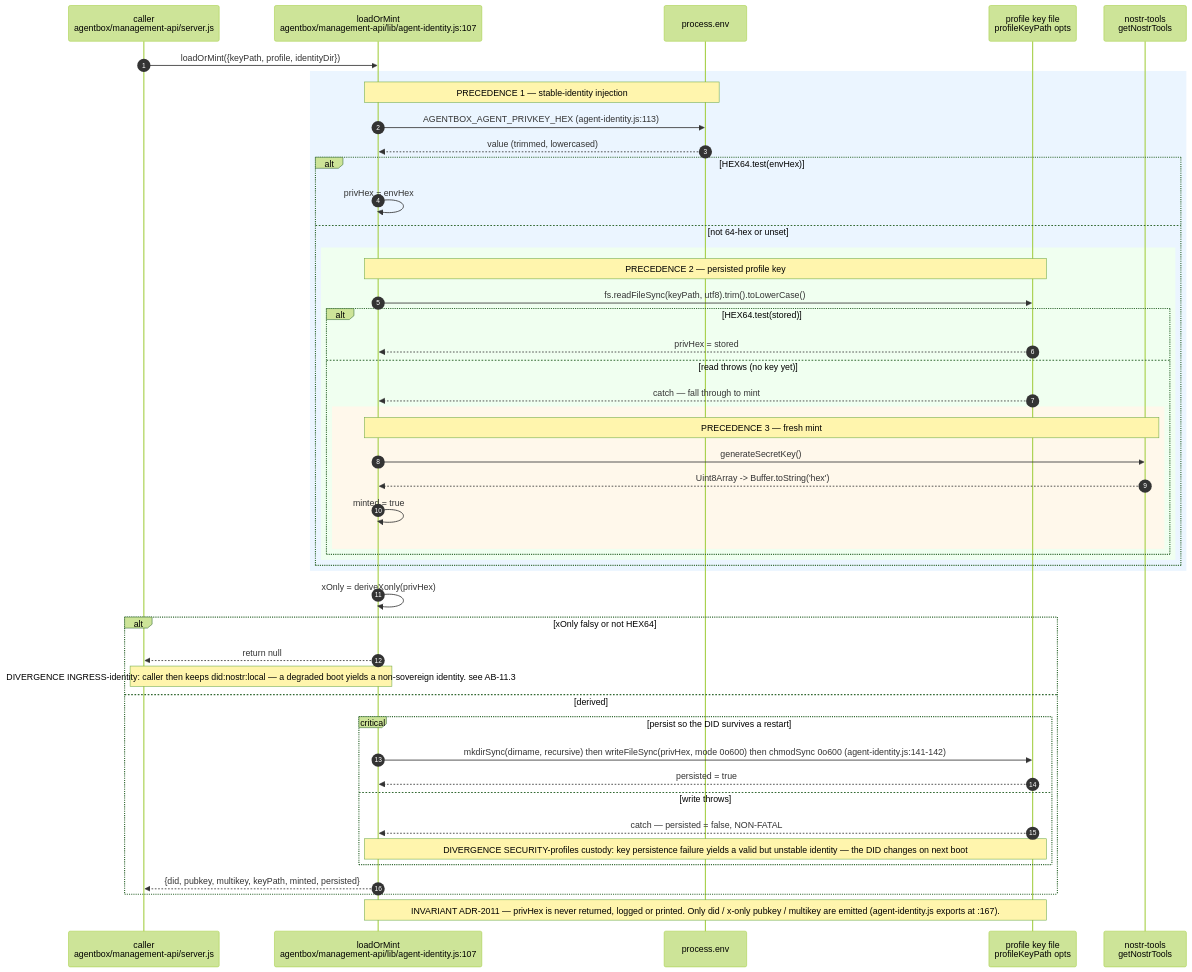
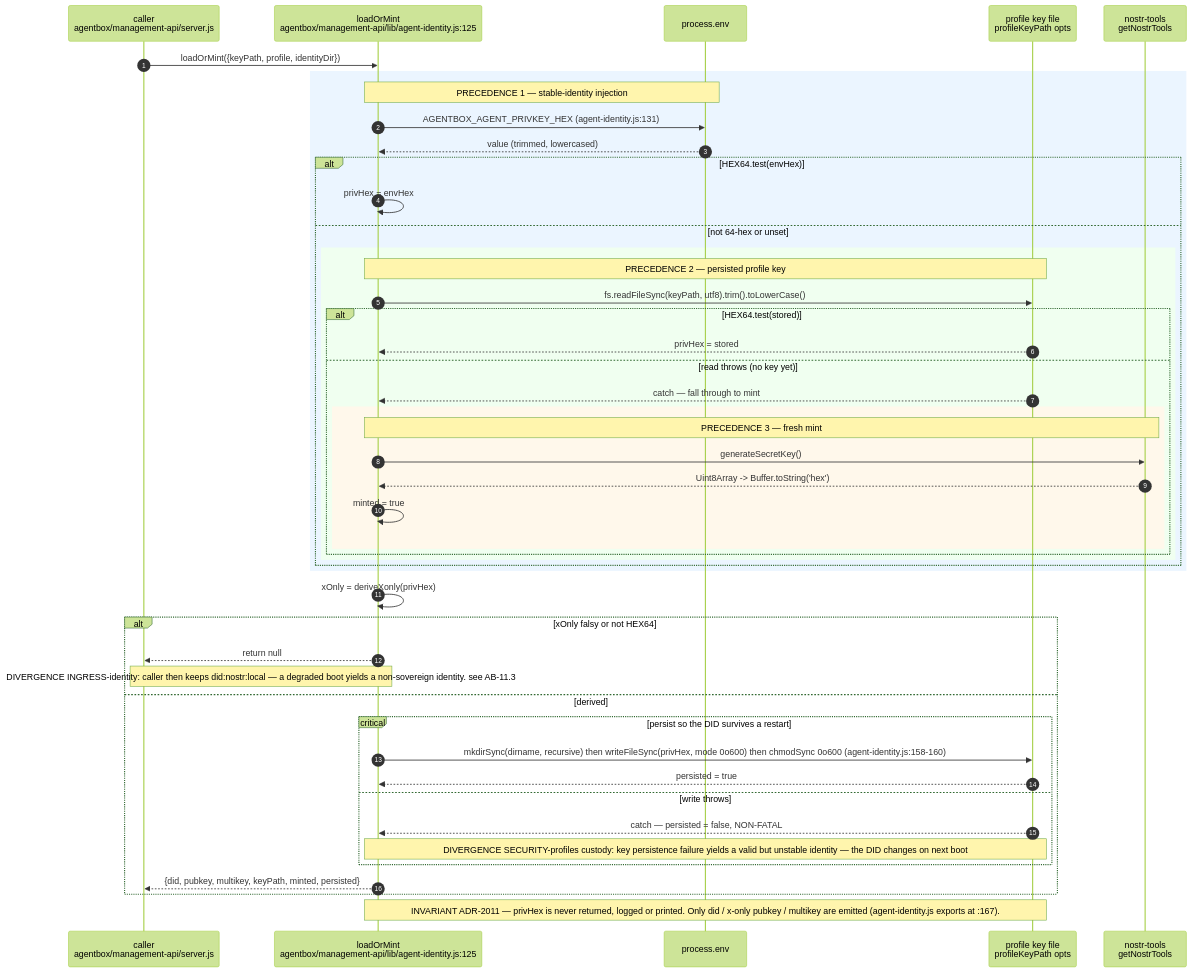
The second of 16 diagrams in docs/diagrams/agentbox/11-identity-did-mandate-authority.md (DreamLab-AI/VisionFlow), drawn with Mermaid (forest theme) before and after one commit. The commit also changed other lines of this file and 185 other files, not shown here.

Commit message:
docs(estate): reconcile diagrams and ADRs with source and define closeout sprint

````diff
--- a/docs/diagrams/agentbox/11-identity-did-mandate-authority.md
+++ b/docs/diagrams/agentbox/11-identity-did-mandate-authority.md
@@ -93,50 +94,50 @@
 ```mermaid
 sequenceDiagram
     autonumber
     participant CALLER as caller<br/>agentbox/management-api/server.js
-    participant AI as loadOrMint<br/>agentbox/management-api/lib/agent-identity.js:107
+    participant AI as loadOrMint<br/>agentbox/management-api/lib/agent-identity.js:125
     participant ENV as process.env
     participant FS as profile key file<br/>profileKeyPath opts
     participant NT as nostr-tools<br/>getNostrTools
 
     CALLER->>AI: loadOrMint({keyPath, profile, identityDir})
     rect rgb(235,245,255)
     Note over AI,ENV: PRECEDENCE 1 — stable-identity injection
-    AI->>ENV: AGENTBOX_AGENT_PRIVKEY_HEX (agent-identity.js:113)
+    AI->>ENV: AGENTBOX_AGENT_PRIVKEY_HEX (agent-identity.js:131)
     ENV-->>AI: value (trimmed, lowercased)
     alt HEX64.test(envHex)
         AI->>AI: privHex = envHex
     else not 64-hex or unset
         rect rgb(240,255,240)
         Note over AI,FS: PRECEDENCE 2 — persisted profile key
         AI->>FS: fs.readFileSync(keyPath, utf8).trim().toLowerCase()
         alt HEX64.test(stored)
             FS-->>AI: privHex = stored
         else read throws (no key yet)
             FS-->>AI: catch — fall through to mint
             rect rgb(255,248,235)
             Note over AI,NT: PRECEDENCE 3 — fresh mint
             AI->>NT: generateSecretKey()
             NT-->>AI: Uint8Array -> Buffer.toString('hex')
             AI->>AI: minted = true
             end
         end
         end
     end
     end
     AI->>AI: xOnly = deriveXonly(privHex)
     alt xOnly falsy or not HEX64
         AI-->>CALLER: return null
         Note over AI,CALLER: DIVERGENCE INGRESS-identity: caller then keeps did:nostr:local — a degraded boot yields a non-sovereign identity. see AB-11.3
     else derived
         critical persist so the DID survives a restart
-            AI->>FS: mkdirSync(dirname, recursive) then writeFileSync(privHex, mode 0o600) then chmodSync 0o600 (agent-identity.js:141-142)
+            AI->>FS: mkdirSync(dirname, recursive) then writeFileSync(privHex, mode 0o600) then chmodSync 0o600 (agent-identity.js:158-160)
             FS-->>AI: persisted = true
         option write throws
             FS-->>AI: catch — persisted = false, NON-FATAL
             Note over AI,FS: DIVERGENCE SECURITY-profiles custody: key persistence failure yields a valid but unstable identity — the DID changes on next boot
         end
         AI-->>CALLER: {did, pubkey, multikey, keyPath, minted, persisted}
     end
     Note over AI,FS: INVARIANT ADR-2011 — privHex is never returned, logged or printed. Only did / x-only pubkey / multikey are emitted (agent-identity.js exports at :167).
 ```
````
